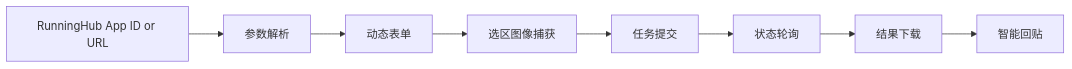
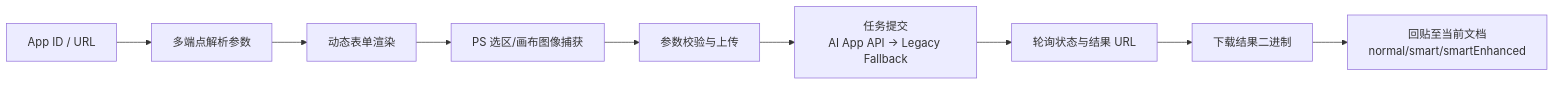
One commit to XIAOTsune/PixelRunner changed the first of 2 diagrams in README.md. Above: the diagram before and after it, drawn with Mermaid. The commit also changed other lines of this file, not shown here.

````diff
--- a/README.md
+++ b/README.md
@@ -113,10 +106,11 @@
 ```mermaid
 flowchart LR
-  A[RunningHub App ID or URL] --> B[参数解析]
-  B --> C[动态表单]
-  C --> D[选区图像捕获]
-  D --> E[任务提交]
-  E --> F[状态轮询]
-  F --> G[结果下载]
-  G --> H[智能回贴]
+  A[App ID / URL] --> B[多端点解析参数]
+  B --> C[动态表单渲染]
+  C --> D[PS 选区/画布图像捕获]
+  D --> E[参数校验与上传]
+  E --> F[任务提交\nAI App API -> Legacy Fallback]
+  F --> G[轮询状态与结果 URL]
+  G --> H[下载结果二进制]
+  H --> I[回贴至当前文档\nnormal/smart/smartEnhanced]
 ```
````
